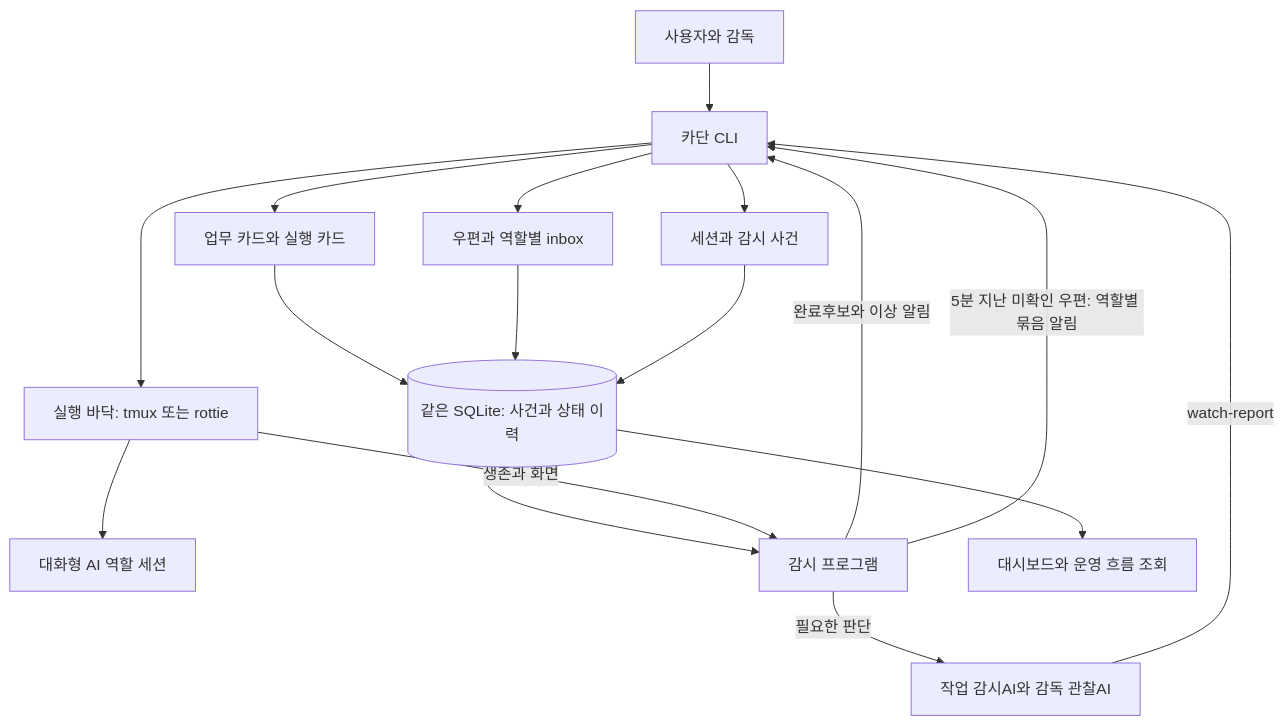
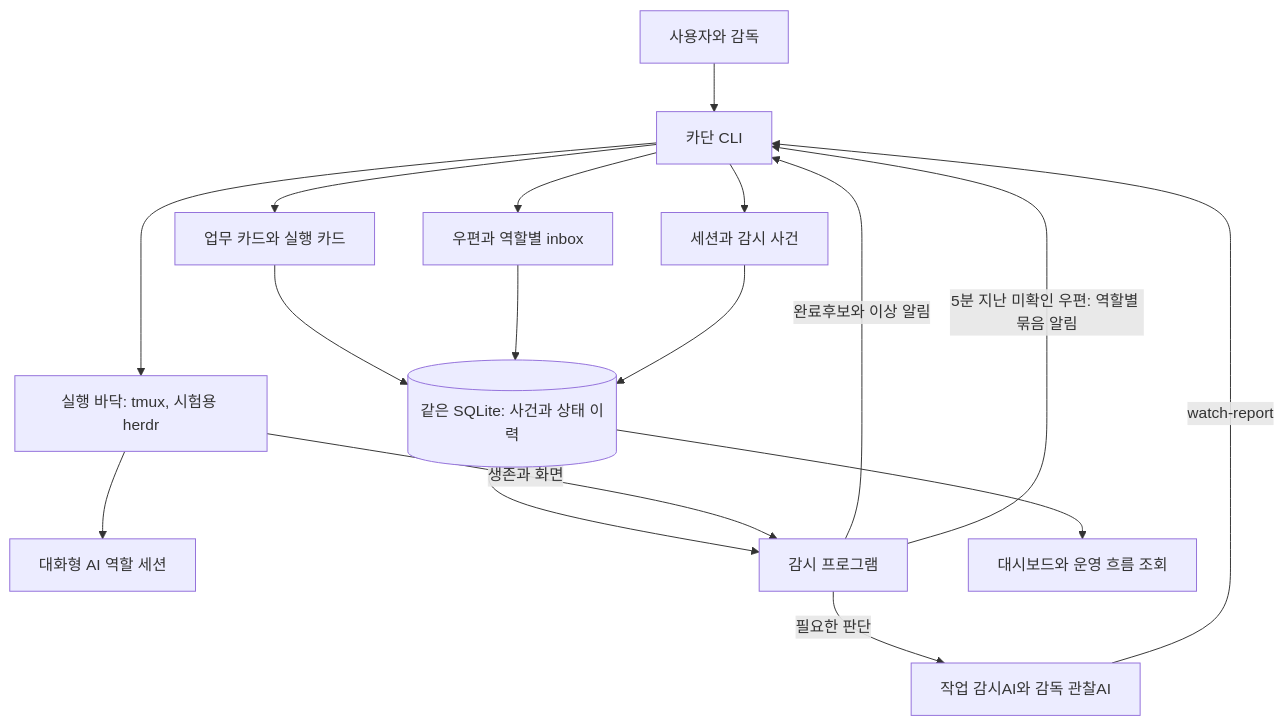
One commit to fwkyle/kadan changed the first of 2 diagrams in docs/architecture.md. Above: the diagram before and after it, drawn with Mermaid. The commit also changed other lines of this file and 30 other files, not shown here.

First line of the commit message:
refactor: 로티 바닥 코드 제거, 로티는 창으로만 (KADAN_FLOOR=tmux|herdr)

````diff
--- a/docs/architecture.md
+++ b/docs/architecture.md
@@ -13,19 +13,19 @@
 ```mermaid
 flowchart TB
   USER[사용자와 감독] --> CLI[카단 CLI]
   CLI --> WORK[업무 카드와 실행 카드]
   CLI --> MAIL[우편과 역할별 inbox]
-  CLI --> FLOOR[실행 바닥: tmux 또는 rottie]
+  CLI --> FLOOR[실행 바닥: tmux, 시험용 herdr]
   FLOOR --> ROLE[대화형 AI 역할 세션]
   WORK --> STORE[(같은 SQLite: 사건과 상태 이력)]
   MAIL --> STORE
   CLI --> SYS[세션과 감시 사건]
   SYS --> STORE
   STORE --> WATCH[감시 프로그램]
   FLOOR -->|생존과 화면| WATCH
   WATCH -->|필요한 판단| AI[작업 감시AI와 감독 관찰AI]
   AI -->|watch-report| CLI
   WATCH -->|완료후보와 이상 알림| CLI
   WATCH -->|5분 지난 미확인 우편: 역할별 묶음 알림| CLI
   STORE --> VIEW[대시보드와 운영 흐름 조회]
 ```
````
